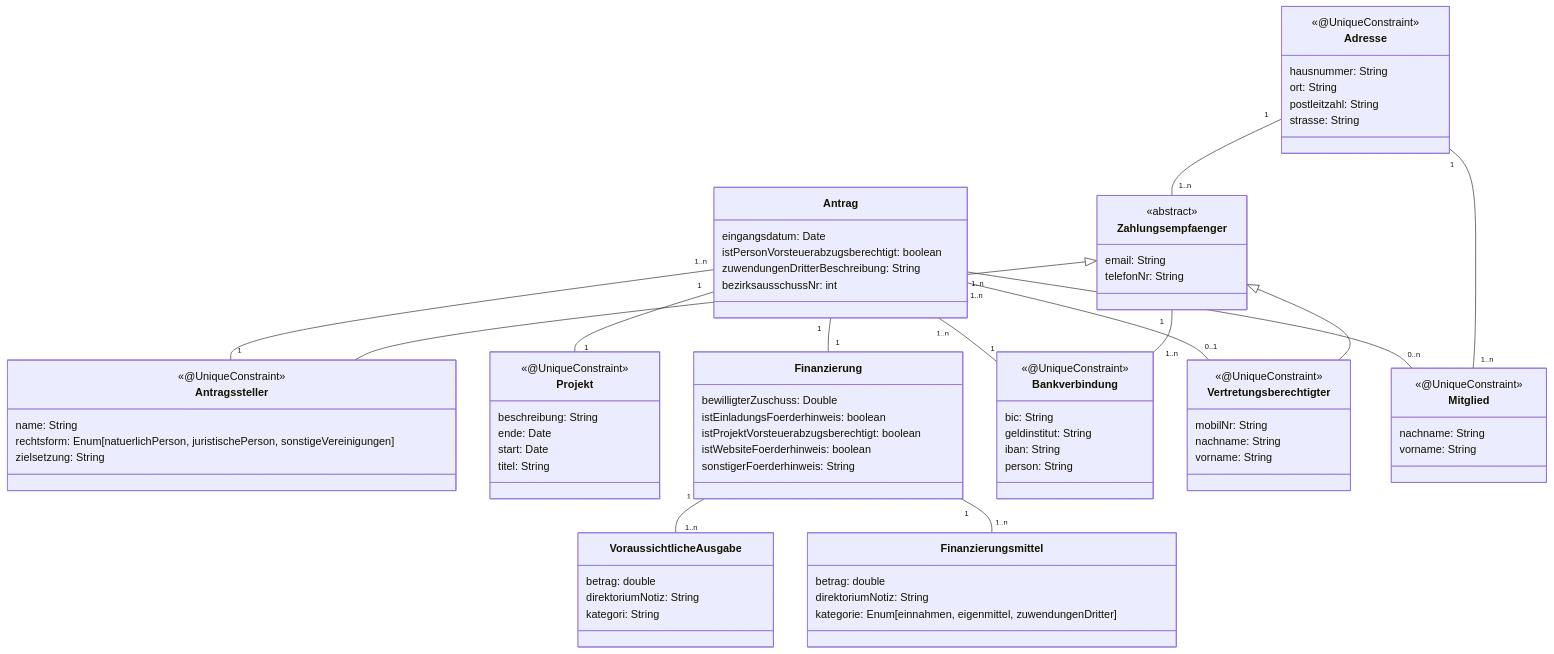
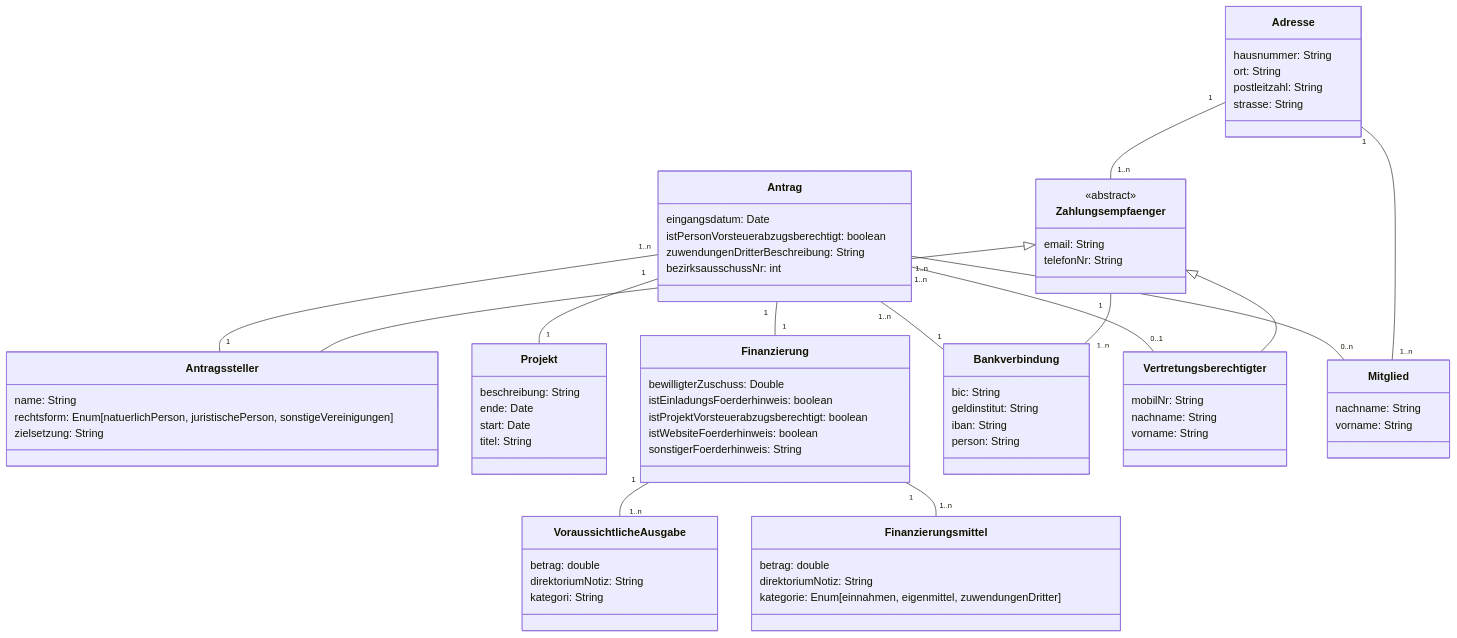
The diagram in docs/src/features/data-model.md (it-at-m/stadtbezirksbudget), drawn with Mermaid before and after one commit.

Commit message:
:memo: change appearance of data model

````diff
--- a/docs/src/features/data-model.md
+++ b/docs/src/features/data-model.md
@@ -24,19 +24,19 @@
     }
 
     class Projekt{
-        <<@UniqueConstraint>>
-        beschreibung: String
-        ende: Date
-        start: Date
-        titel: String
+        beschreibung: String<fk>
+        ende: Date<fk>
+        start: Date<fk>
+        titel: String<fk>
+        %% All attributes except UUID are <fk>
     }
 
     class Bankverbindung{
-        <<@UniqueConstraint>>
-        bic: String
-        geldinstitut: String
-        iban: String
-        person: String
+        bic: String<fk>
+        geldinstitut: String<fk>
+        iban: String<fk>
+        person: String<fk>
+        %% All attributes except UUID are <fk>
     }
 
     class Finanzierung{
@@ -48,25 +48,25 @@
     }
 
     class Antragssteller{
-        <<@UniqueConstraint>>
-        name: String
-        rechtsform: Enum[natuerlichPerson, juristischePerson, sonstigeVereinigungen]
-        zielsetzung: String
+        name: String<fk>
+        rechtsform: Enum[natuerlichPerson, juristischePerson, sonstigeVereinigungen]<fk>
+        zielsetzung: String<fk>
+        %% All attributes except UUID are <fk>
     }
 
     class Adresse{
-        <<@UniqueConstraint>>
-        hausnummer: String
-        ort: String
-        postleitzahl: String
-        strasse: String
+        hausnummer: String<fk>
+        ort: String<fk>
+        postleitzahl: String<fk>
+        strasse: String<fk>
+        %% All attributes except UUID are <fk>
     }
 
     class Vertretungsberechtigter{
-        <<@UniqueConstraint>>
-        mobilNr: String
-        nachname: String
-        vorname: String
+        mobilNr: String<fk>
+        nachname: String<fk>
+        vorname: String<fk>
+        %% All attributes except UUID are <fk>
     }
 
     class VoraussichtlicheAusgabe{
@@ -82,14 +82,15 @@
     }
 
     class Mitglied{
-        <<@UniqueConstraint>>
-        nachname: String
-        vorname: String
+        nachname: String<fk>
+        vorname: String<fk>
+        %% All attributes except UUID are <fk>
     }
 
     class Zahlungsempfaenger{
         <<abstract>>
-        email: String
-        telefonNr: String
+        email: String<fk>
+        telefonNr: String<fk>
+        %% All attributes except UUID are <fk> (including child-attributes)
     }
 ```
````
